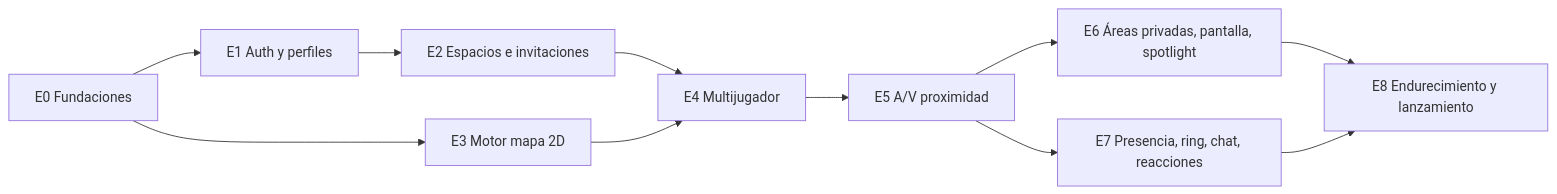
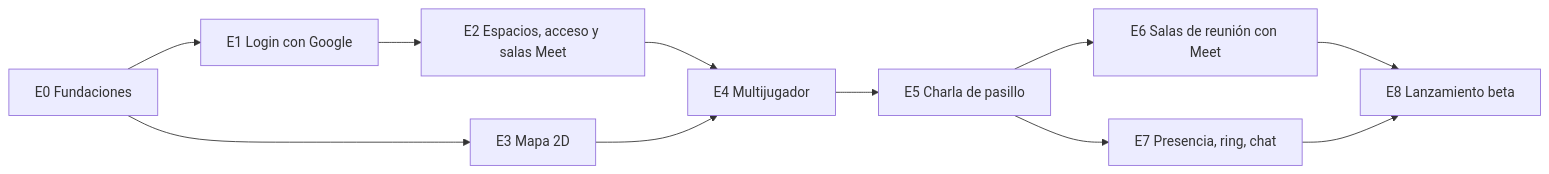
The diagram in docs/virtual-office-mvp/04-plan-desarrollo.md (nesram5/html-course), drawn with Mermaid before and after one commit. The commit also changed other lines of this file and 19 other files, not shown here.

First line of the commit message:
docs: simplify Plaza MVP plan (Google login, LiveKit Cloud, Google Meet rooms)

````diff
--- a/docs/virtual-office-mvp/04-plan-desarrollo.md
+++ b/docs/virtual-office-mvp/04-plan-desarrollo.md
@@ -20,13 +20,13 @@
 ```mermaid
 flowchart LR
-    E0[E0 Fundaciones] --> E1[E1 Auth y perfiles]
-    E0 --> E3[E3 Motor mapa 2D]
-    E1 --> E2[E2 Espacios e invitaciones]
+    E0[E0 Fundaciones] --> E1[E1 Login con Google]
+    E0 --> E3[E3 Mapa 2D]
+    E1 --> E2[E2 Espacios, acceso y salas Meet]
     E2 --> E4[E4 Multijugador]
     E3 --> E4
-    E4 --> E5[E5 A/V proximidad]
-    E5 --> E6[E6 Áreas privadas, pantalla, spotlight]
-    E5 --> E7[E7 Presencia, ring, chat, reacciones]
-    E6 --> E8[E8 Endurecimiento y lanzamiento]
+    E4 --> E5[E5 Charla de pasillo]
+    E5 --> E6[E6 Salas de reunión con Meet]
+    E5 --> E7[E7 Presencia, ring, chat]
+    E6 --> E8[E8 Lanzamiento beta]
     E7 --> E8
 ```
````
